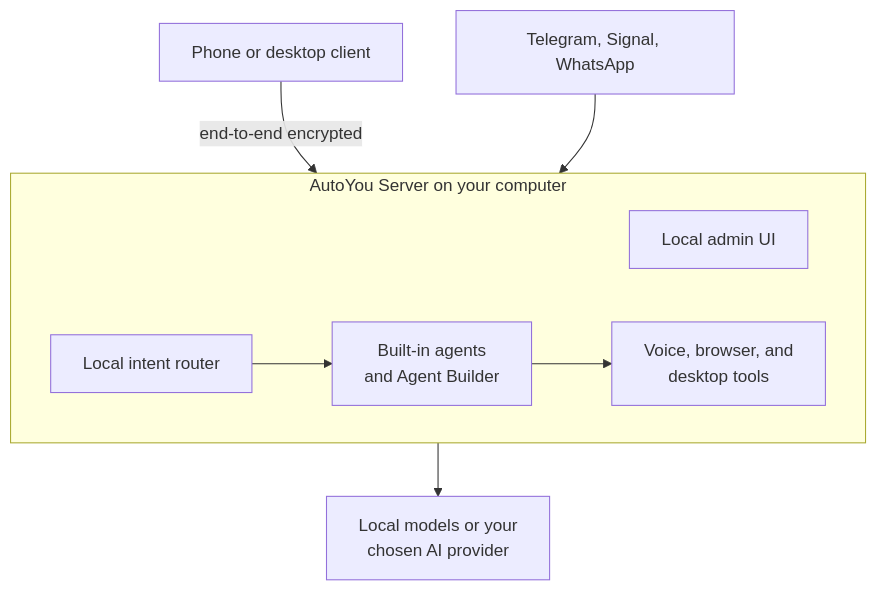
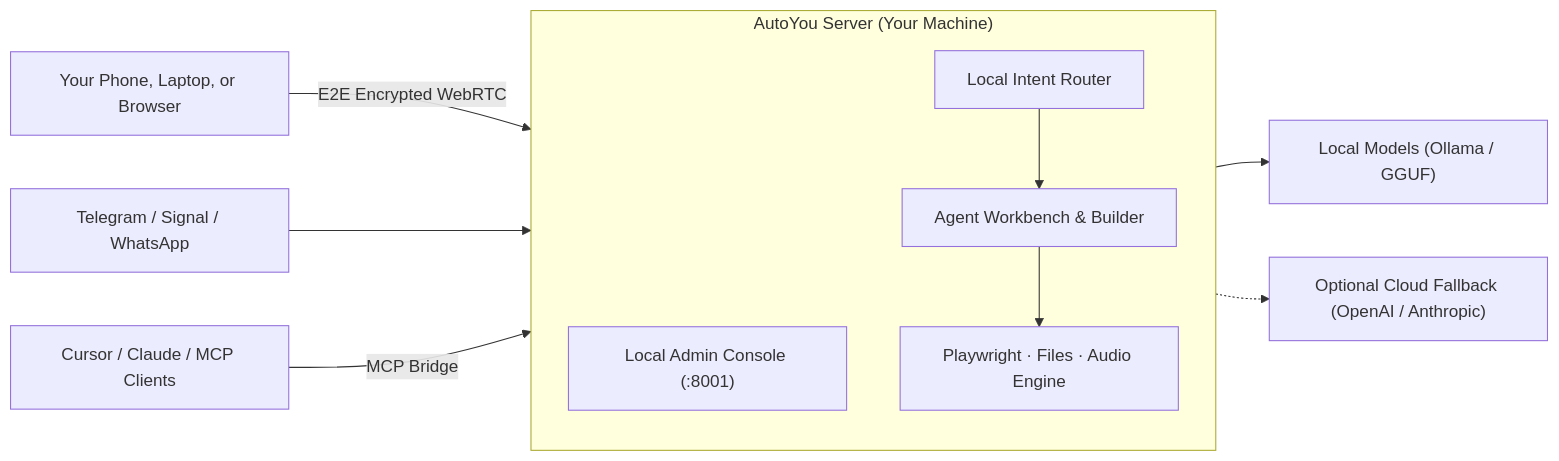
One commit to autoyou-ai/AutoYou-Server changed the diagram in README.md. Above: the diagram before and after it, drawn with Mermaid. The commit also changed other lines of this file and 75 other files, not shown here.

Commit message:
release: prepare AutoYou Server v81.0.0 public source release candidate

````diff
--- a/README.md
+++ b/README.md
@@ -41,13 +137,18 @@
 ```mermaid
-flowchart TB
-    phone["Phone or desktop client"]
-    chat["Telegram, Signal, WhatsApp"]
-    phone -- "end-to-end encrypted" --> server
-    chat --> server
-    subgraph server["AutoYou Server on your computer"]
-        direction LR
-        admin["Local admin UI"]
-        intent["Local intent router"] --> agents["Built-in agents<br/>and Agent Builder"] --> tools["Voice, browser, and<br/>desktop tools"]
+flowchart LR
+    devices["Your Phone, Laptop, or Browser"] -->|E2E Encrypted WebRTC| server
+    messaging["Telegram / Signal / WhatsApp"] --> server
+    mcp["Cursor / Claude / MCP Clients"] -->|MCP Bridge| server
+
+    subgraph server["AutoYou Server (Your Machine)"]
+        direction TB
+        admin["Local Admin Console (:8001)"]
+        intent["Local Intent Router"]
+        agents["Agent Workbench & Builder"]
+        tools["Playwright · Files · Audio Engine"]
+        intent --> agents --> tools
     end
-    server --> ai["Local models or your<br/>chosen AI provider"]
+
+    agents --> local_ai["Local Models (Ollama / GGUF)"]
+    agents -.-> cloud_ai["Optional Cloud Fallback (OpenAI / Anthropic)"]
 ```
````
